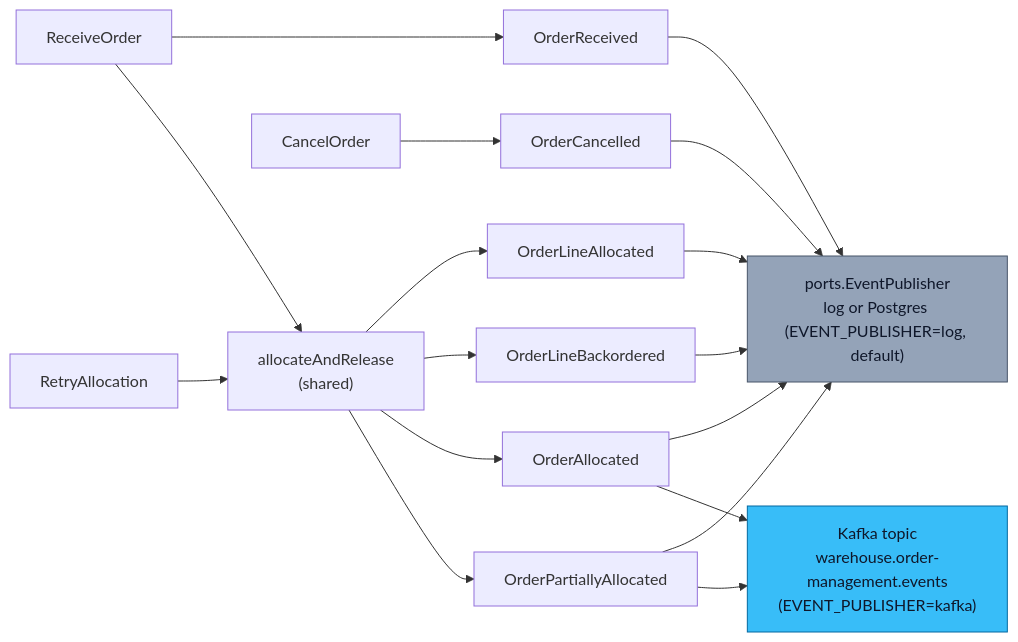
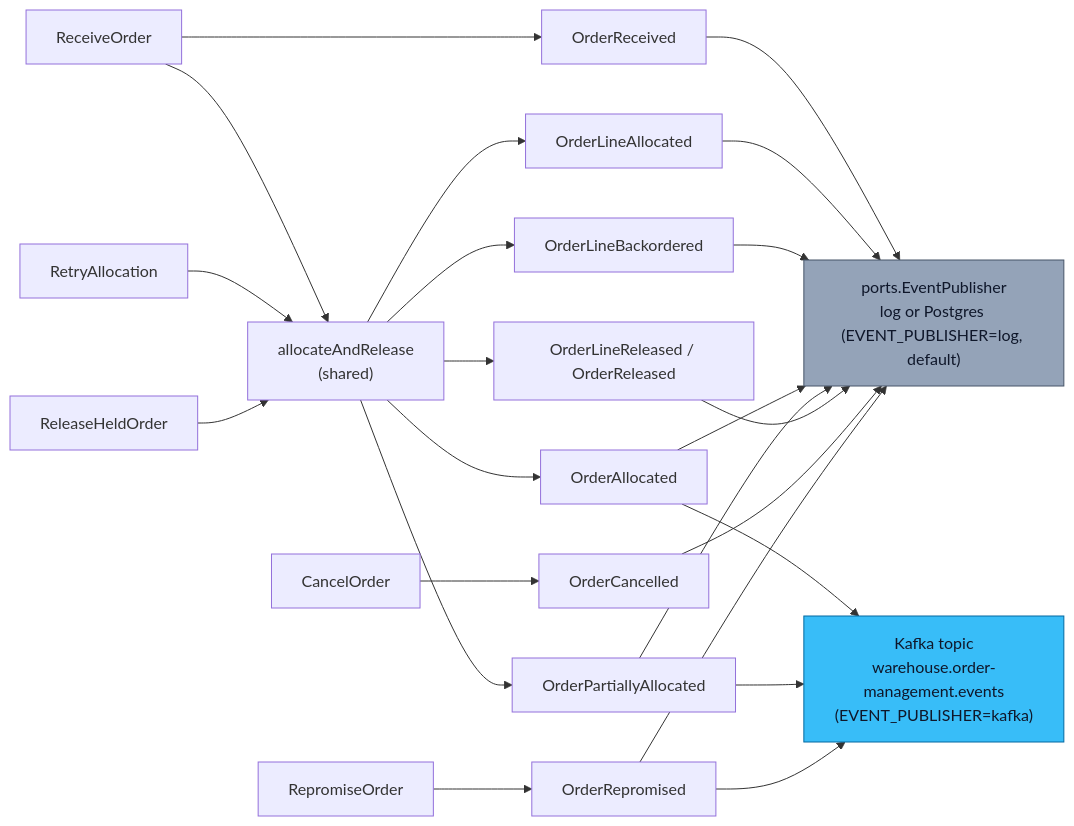
Before and after one commit to claudioed/order-management: the diagram in docs/docs/ddd/domain-events.md, drawn with Mermaid. The commit also changed other lines of this file and 40 other files, not shown here.

````diff
--- a/docs/docs/ddd/domain-events.md
+++ b/docs/docs/ddd/domain-events.md
@@ -124,19 +141,22 @@
 ```mermaid
 flowchart LR
   RO["ReceiveOrder"] --> E1["OrderReceived"]
   RO --> AR["allocateAndRelease<br/>(shared)"]
   RA["RetryAllocation"] --> AR
   AR --> E2["OrderLineAllocated"]
   AR --> E3["OrderLineBackordered"]
   AR --> E4["OrderAllocated"]
   AR --> E5["OrderPartiallyAllocated"]
+  RH["ReleaseHeldOrder"] --> AR
+  AR --> E6["OrderLineReleased / OrderReleased"]
   CO["CancelOrder"] --> E8["OrderCancelled"]
+  RP["RepromiseOrder"] --> E9["OrderRepromised"]
 
-  E1 & E2 & E3 & E4 & E5 & E8 --> LOG["ports.EventPublisher<br/>log or Postgres (EVENT_PUBLISHER=log, default)"]
-  E4 & E5 --> KAFKA["Kafka topic<br/>warehouse.order-management.events<br/>(EVENT_PUBLISHER=kafka)"]
+  E1 & E2 & E3 & E4 & E5 & E6 & E8 & E9 --> LOG["ports.EventPublisher<br/>log or Postgres (EVENT_PUBLISHER=log, default)"]
+  E4 & E5 & E9 --> KAFKA["Kafka topic<br/>warehouse.order-management.events<br/>(EVENT_PUBLISHER=kafka)"]
 
   classDef local fill:#94a3b8,stroke:#475569,color:#0f172a;
   classDef kafka fill:#38bdf8,stroke:#0369a1,color:#0f172a;
   class LOG local;
   class KAFKA kafka;
 ```
````
